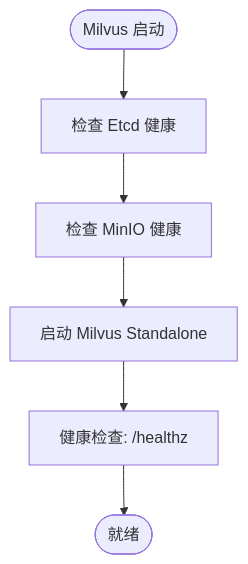
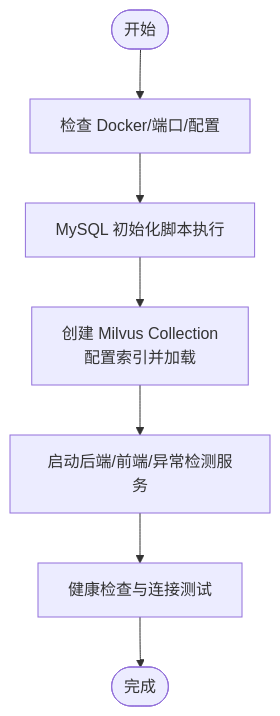
Before and after one commit to lyyzzz6/AIops: the fourth of 5 diagrams in .qoder/repowiki/zh/content/快速开始.md, drawn with Mermaid. The commit also changed other lines of this file and 371 other files, not shown here.

````diff
--- a/.qoder/repowiki/zh/content/快速开始.md
+++ b/.qoder/repowiki/zh/content/快速开始.md
@@ -124,8 +227,9 @@
 ```mermaid
 flowchart TD
-Start(["Milvus 启动"]) --> CheckEtcd["检查 Etcd 健康"]
-CheckEtcd --> CheckMinIO["检查 MinIO 健康"]
-CheckMinIO --> StartMilvus["启动 Milvus Standalone"]
-StartMilvus --> Health["健康检查: /healthz"]
-Health --> Ready(["就绪"])
+Start(["开始"]) --> CheckEnv["检查 Docker/端口/配置"]
+CheckEnv --> InitMySQL["MySQL 初始化脚本执行"]
+InitMySQL --> InitMilvus["创建 Milvus Collection<br/>配置索引并加载"]
+InitMilvus --> StartServices["启动后端/前端/异常检测服务"]
+StartServices --> Verify["健康检查与连接测试"]
+Verify --> Done(["完成"])
 ```
````
